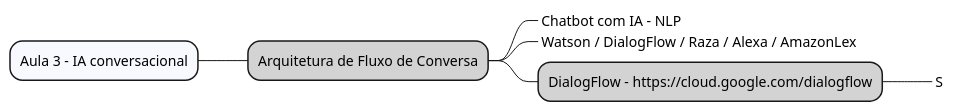
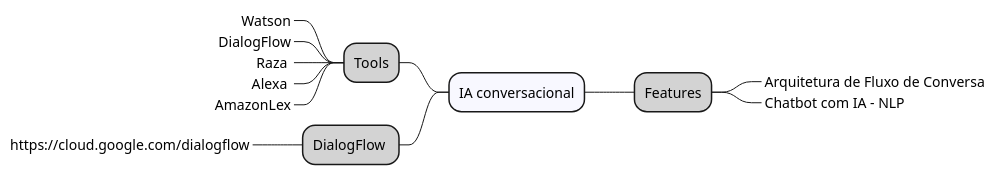
Before and after one commit to acnaweb/chatbot: the diagram in docs/src/aula3.wsd, drawn with PlantUML.

```diff
--- a/docs/src/aula3.wsd
+++ b/docs/src/aula3.wsd
@@ -1,15 +1,21 @@
 @startmindmap
 
-*[#F8F8FF] Aula 3 - IA conversacional
+*[#F8F8FF] IA conversacional
 
-**[#LightGray] Arquitetura de Fluxo de Conversa
+**[#LightGray] Features
+***_ Arquitetura de Fluxo de Conversa
+***_ Chatbot com IA - NLP
 
-***_ Chatbot com IA - NLP
-***_ Watson / DialogFlow / Raza / Alexa / AmazonLex
+left side
 
-***[#LightGray]  DialogFlow - https://cloud.google.com/dialogflow
+**[#LightGray] Tools
+***_ Watson
+***_ DialogFlow
+***_ Raza 
+***_ Alexa 
+***_ AmazonLex
 
-****_  S
-
+**[#LightGray]  DialogFlow 
+***_ https://cloud.google.com/dialogflow
 
 @endmindmap
```
